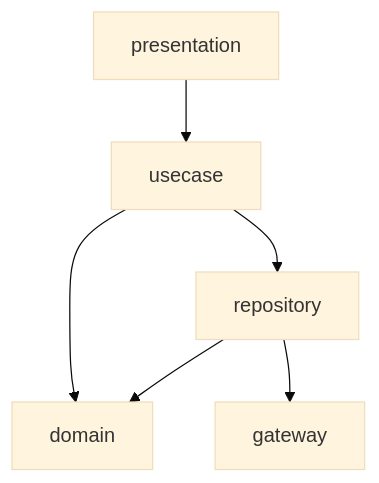
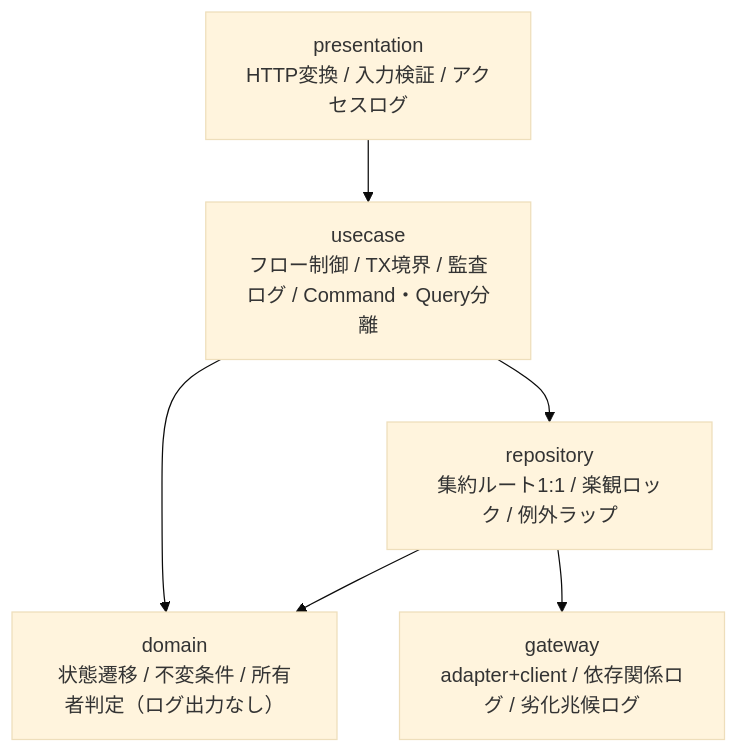
The fourth of 8 diagrams in samples/distillery/pipeline/README.md (suwa-sh/suwa-sh-claude-plugins), drawn with Mermaid (base theme) before and after one commit. The commit also changed other lines of this file and 1723 other files, not shown here.

````diff
--- a/samples/distillery/pipeline/README.md
+++ b/samples/distillery/pipeline/README.md
@@ -182,8 +168,13 @@
 ```mermaid
 graph TD
-P[presentation] --> U[usecase]
-U --> D[domain]
-U --> R[repository]
+P["presentation<br/>HTTP変換 / 入力検証 / アクセスログ"]
+U["usecase<br/>フロー制御 / TX境界 / 監査ログ / Command・Query分離"]
+D["domain<br/>状態遷移 / 不変条件 / 所有者判定（ログ出力なし）"]
+R["repository<br/>集約ルート1:1 / 楽観ロック / 例外ラップ"]
+G["gateway<br/>adapter+client / 依存関係ログ / 劣化兆候ログ"]
+P --> U
+U --> D
+U --> R
 R --> D
-R --> G[gateway]
+R --> G
 ```
````
